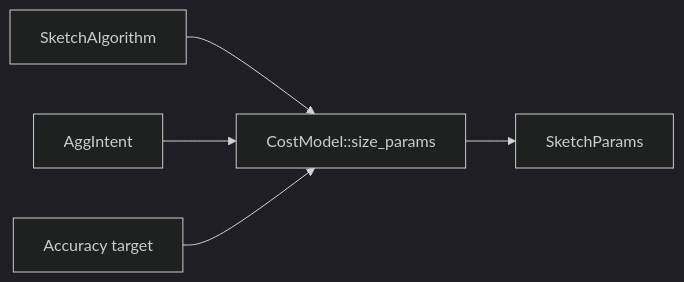
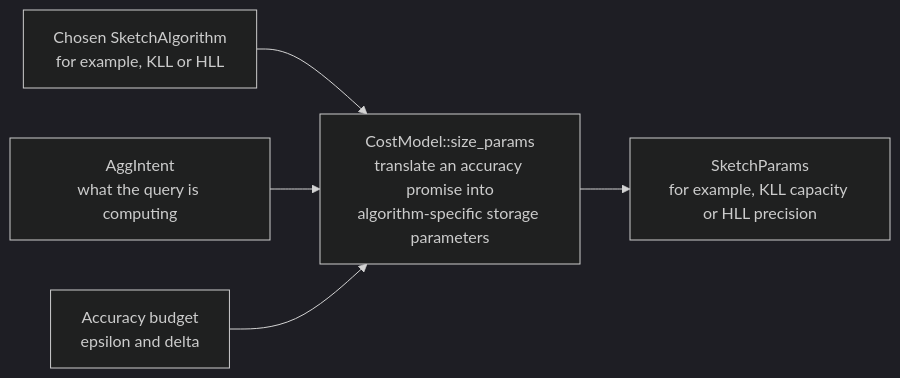
The fifth of 6 diagrams in docs/developer_docs/ASAP-aware-mapping-developer-guide.md (ProjectASAP/ASAPPlanner), drawn with Mermaid (dark theme) before and after one commit. The commit also changed other lines of this file, not shown here.

Commit message:
docs(asap-aware-mapping): make architecture diagrams self-explanatory

````diff
--- a/docs/developer_docs/ASAP-aware-mapping-developer-guide.md
+++ b/docs/developer_docs/ASAP-aware-mapping-developer-guide.md
@@ -1051,7 +1069,7 @@
 ```mermaid
 flowchart LR
-  ALG[SketchAlgorithm] --> SIZE[CostModel::size_params]
-  INTENT[AggIntent] --> SIZE
-  ACC[Accuracy target] --> SIZE
-  SIZE --> PARAMS[SketchParams]
+  ALG["Chosen SketchAlgorithm<br/>for example, KLL or HLL"] --> SIZE["CostModel::size_params<br/>translate an accuracy promise into<br/>algorithm-specific storage parameters"]
+  INTENT["AggIntent<br/>what the query is computing"] --> SIZE
+  ACC["Accuracy budget<br/>epsilon and delta"] --> SIZE
+  SIZE --> PARAMS["SketchParams<br/>for example, KLL capacity or HLL precision"]
 ```
````
